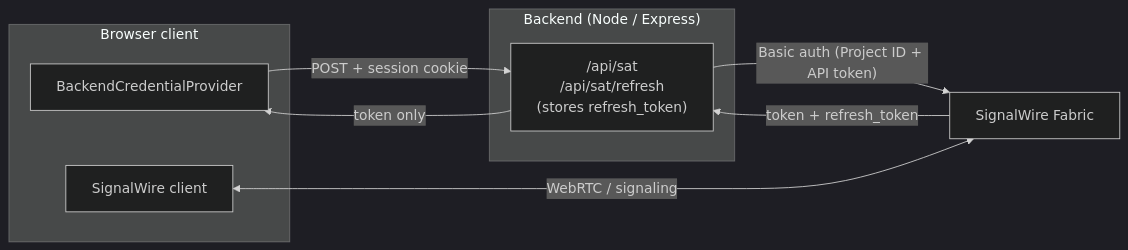
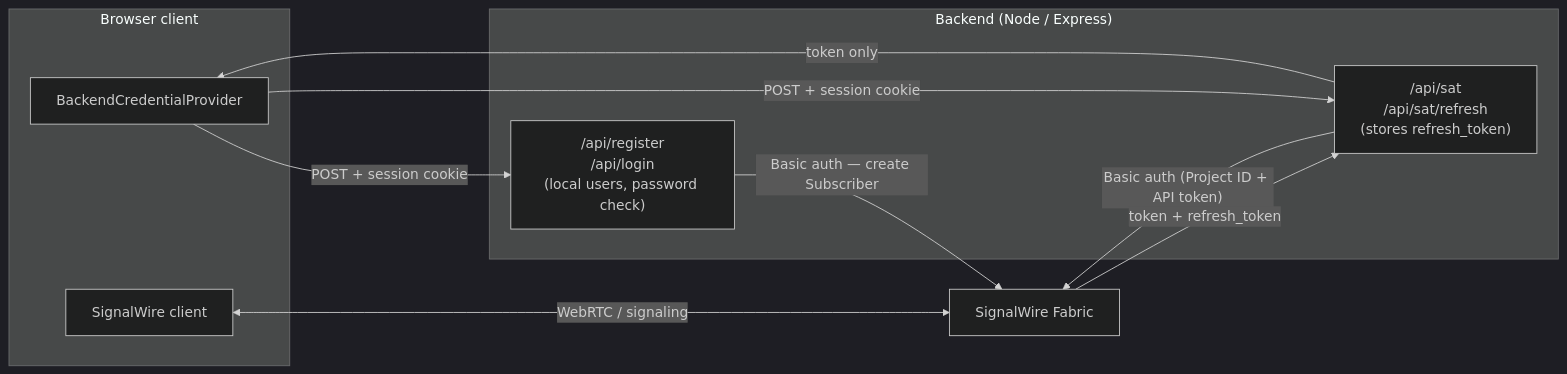
Before and after one commit to signalwire/docs: the diagram in fern/products/browser-sdk/pages/v4/guides/examples/video-conference-app.mdx, drawn with Mermaid (dark theme). The commit also changed other lines of this file and 4 other files, not shown here.

Commit message:
add subscriber based user flow

````diff
--- a/fern/products/browser-sdk/pages/v4/guides/examples/video-conference-app.mdx
+++ b/fern/products/browser-sdk/pages/v4/guides/examples/video-conference-app.mdx
@@ -20,17 +20,20 @@
 ```mermaid
 flowchart LR
     subgraph Browser["Browser client"]
         CP["BackendCredentialProvider"]
         SW["SignalWire client"]
     end
     subgraph Backend["Backend (Node / Express)"]
+        AUTH["/api/register<br/>/api/login<br/>(local users, password check)"]
         SAT["/api/sat<br/>/api/sat/refresh<br/>(stores refresh_token)"]
     end
     Fabric["SignalWire Fabric"]
 
+    CP -->|"POST + session cookie"| AUTH
+    AUTH -->|"Basic auth — create Subscriber"| Fabric
     CP -->|"POST + session cookie"| SAT
     SAT -->|"Basic auth (Project ID + API token)"| Fabric
     Fabric -->|"token + refresh_token"| SAT
     SAT -->|"token only"| CP
     SW <-->|"WebRTC / signaling"| Fabric
 ```
````
